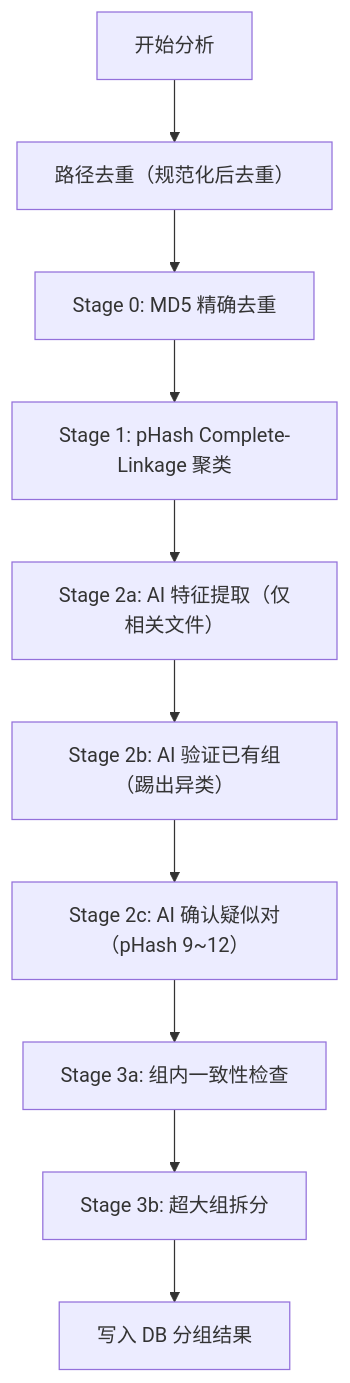
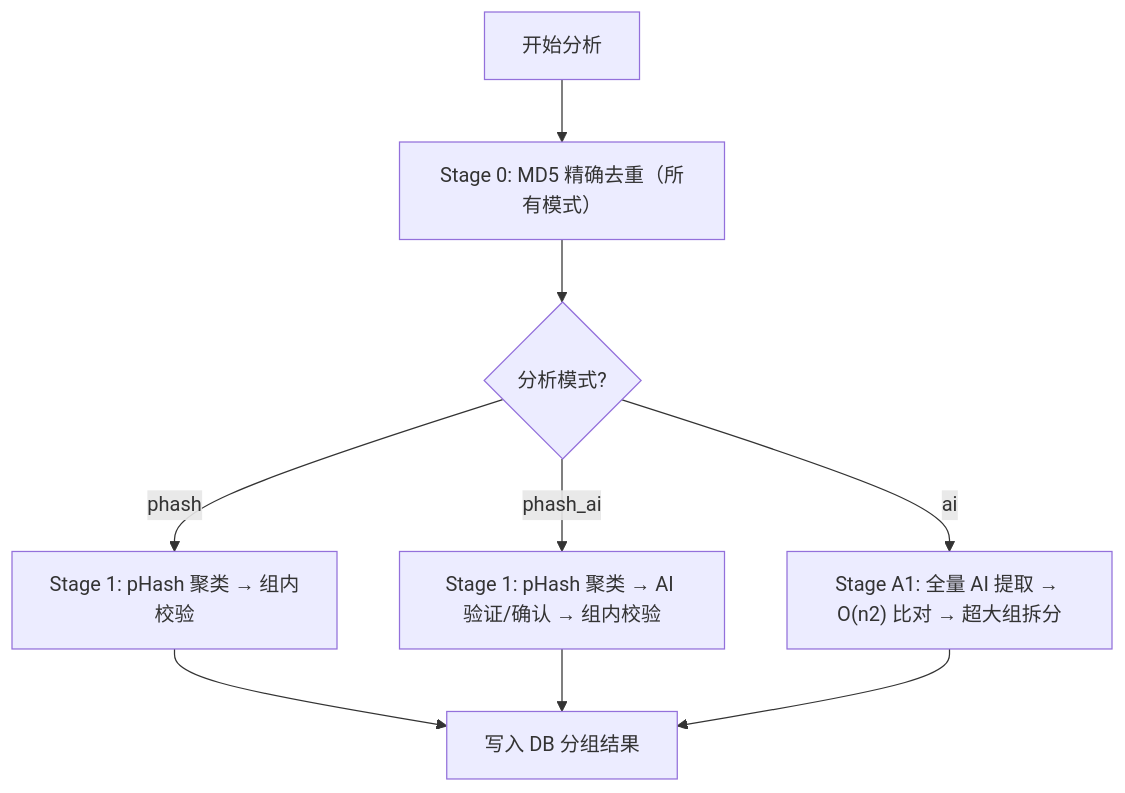
Before and after one commit to Cotary/SnapSift: the diagram in DEDUP_LOGIC.md, drawn with Mermaid. The commit also changed other lines of this file and 4 other files, not shown here.

First line of the commit message:
feat: add Pure AI analysis mode with three-mode architecture (phash/phash_ai/ai)

````diff
--- a/DEDUP_LOGIC.md
+++ b/DEDUP_LOGIC.md
@@ -10,12 +18,11 @@
 ```mermaid
 flowchart TD
-    Start[开始分析] --> PathDedup["路径去重（规范化后去重）"]
-    PathDedup --> MD5["Stage 0: MD5 精确去重"]
-    MD5 --> PHash["Stage 1: pHash Complete-Linkage 聚类"]
-    PHash --> AIExtract["Stage 2a: AI 特征提取（仅相关文件）"]
-    AIExtract --> AIVerify["Stage 2b: AI 验证已有组（踢出异类）"]
-    AIVerify --> AIConfirm["Stage 2c: AI 确认疑似对（pHash 9~12）"]
-    AIConfirm --> PostEvict["Stage 3a: 组内一致性检查"]
-    PostEvict --> PostSplit["Stage 3b: 超大组拆分"]
-    PostSplit --> Output[写入 DB 分组结果]
+    Start[开始分析] --> MD5["Stage 0: MD5 精确去重（所有模式）"]
+    MD5 --> ModeCheck{分析模式?}
+    ModeCheck -->|phash| PHashOnly["Stage 1: pHash 聚类 → 组内校验"]
+    ModeCheck -->|phash_ai| PHashAI["Stage 1: pHash 聚类 → AI 验证/确认 → 组内校验"]
+    ModeCheck -->|ai| PureAI["Stage A1: 全量 AI 提取 → O(n2) 比对 → 超大组拆分"]
+    PHashOnly --> Output[写入 DB 分组结果]
+    PHashAI --> Output
+    PureAI --> Output
 ```
````
